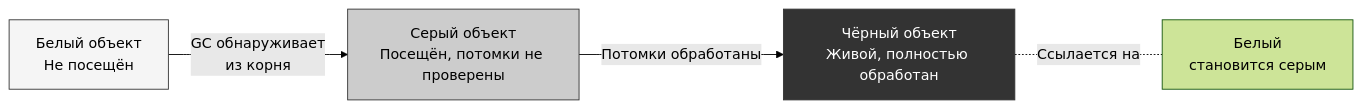
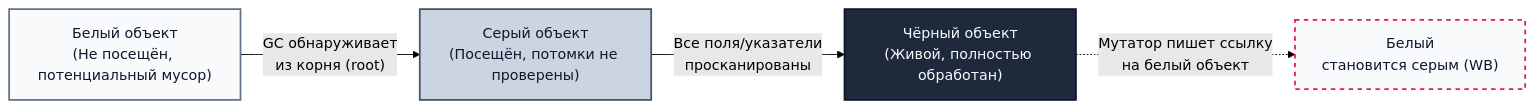
Before and after one commit to UnrealTemplier/go-textbook: the first of 2 diagrams in sources/16. Профилирование, отладка и производительность/05. Garbage Collector/2. Tri color marking.md, drawn with Mermaid (forest theme). The commit also changed other lines of this file, not shown here.

````diff
--- a/sources/16. Профилирование, отладка и производительность/05. Garbage Collector/2. Tri color marking.md
+++ b/sources/16. Профилирование, отладка и производительность/05. Garbage Collector/2. Tri color marking.md
@@ -19,9 +23,11 @@
 ```mermaid
 flowchart LR
-    White["Белый объект<br>Не посещён"] -->|"GC обнаруживает<br>из корня"| Grey["Серый объект<br>Посещён, потомки не проверены"]
-    Grey -->|"Потомки обработаны"| Black["Чёрный объект<br>Живой, полностью обработан"]
-    Black -.-|"Ссылается на"| White2["Белый<br>становится серым"]
-    style White fill:#f5f5f5,stroke:#333
-    style Grey fill:#cccccc,stroke:#333
-    style Black fill:#333333,stroke:#333,color:#fff
+    White["Белый объект<br>(Не посещён, потенциальный мусор)"] -->|"GC обнаруживает<br>из корня (root)"| Grey["Серый объект<br>(Посещён, потомки не проверены)"]
+    Grey -->|"Все поля/указатели<br>просканированы"| Black["Чёрный объект<br>(Живой, полностью обработан)"]
+    Black -.->|"Мутатор пишет ссылку<br>на белый объект"| White2["Белый<br>становится серым (WB)"]
+
+    style White fill:#f8fafc,stroke:#64748b,stroke-width:2px,color:#0f172a
+    style Grey fill:#cbd5e1,stroke:#475569,stroke-width:2px,color:#0f172a
+    style Black fill:#1e293b,stroke:#0f172a,stroke-width:2px,color:#f8fafc
+    style White2 fill:#f8fafc,stroke:#e11d48,stroke-width:2px,stroke-dasharray: 5 5,color:#0f172a
 ```
````
